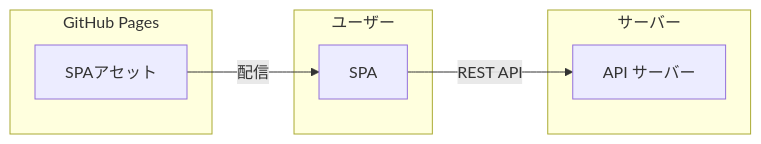
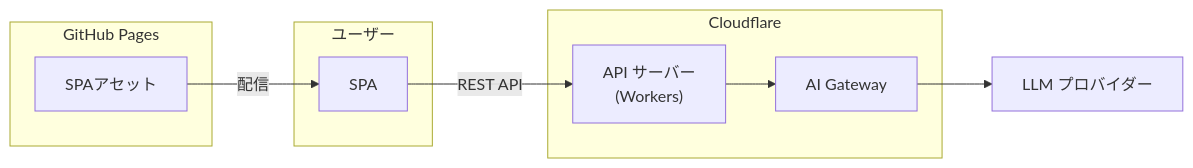
Before and after one commit to okmethod/poke-api-stadium: the diagram in README.md, drawn with Mermaid. The commit also changed other lines of this file and 1 other file, not shown here.

````diff
--- a/README.md
+++ b/README.md
@@ -13,17 +13,22 @@
 ```mermaid
 graph LR
   subgraph Browser["ユーザー"]
     SPA["SPA"]
   end
 
   subgraph GHPages["GitHub Pages"]
     Assets["SPAアセット"]
   end
 
-  subgraph Server["サーバー"]
-    API["API サーバー"]
+  subgraph CF["Cloudflare"]
+    API["API サーバー<br>(Workers)"]
+    AIGateway["AI Gateway"]
   end
+
+  LLM["LLM プロバイダー"]
 
   Assets -->|配信| SPA
   SPA -->|REST API| API
+  API --> AIGateway
+  AIGateway --> LLM
 ```
````
